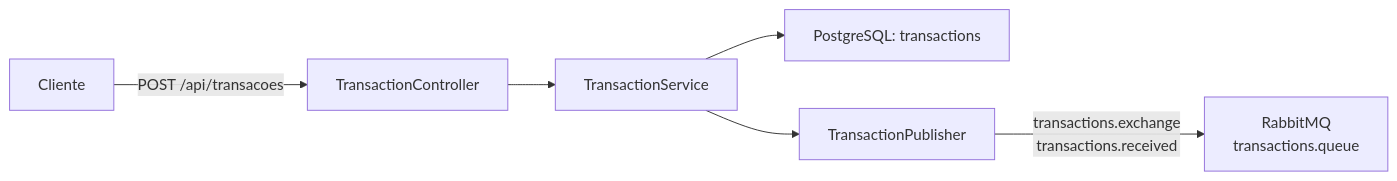
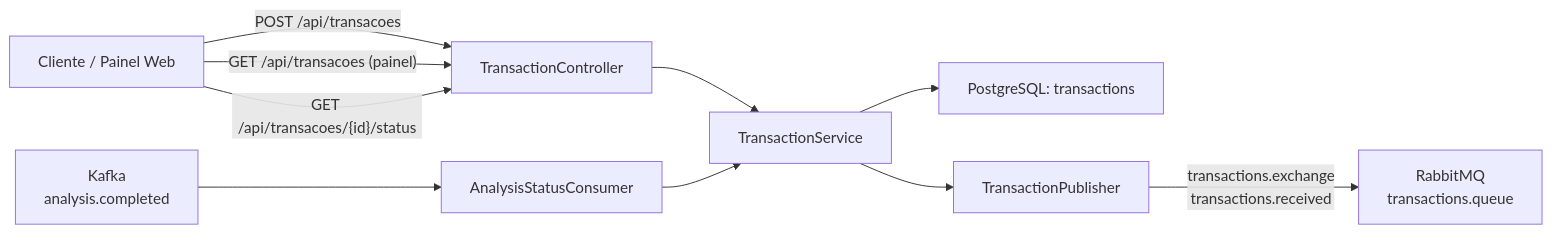
One commit to JTBCode86/antifraude-simplificado changed the diagram in transaction-service/README.md. Above: the diagram before and after it, drawn with Mermaid. The commit also changed other lines of this file and 18 other files, not shown here.

````diff
--- a/transaction-service/README.md
+++ b/transaction-service/README.md
@@ -11,8 +11,12 @@
 ```mermaid
 flowchart LR
-    Cliente["Cliente"] -->|"POST /api/transacoes"| API["TransactionController"]
+    Cliente["Cliente / Painel Web"] -->|"POST /api/transacoes"| API["TransactionController"]
     API --> Service["TransactionService"]
     Service --> DB["PostgreSQL: transactions"]
     Service --> Publisher["TransactionPublisher"]
     Publisher -->|"transactions.exchange<br/>transactions.received"| Queue["RabbitMQ<br/>transactions.queue"]
+    Kafka["Kafka<br/>analysis.completed"] --> StatusConsumer["AnalysisStatusConsumer"]
+    StatusConsumer --> Service
+    Cliente -->|"GET /api/transacoes (painel)"| API
+    Cliente -->|"GET /api/transacoes/{id}/status"| API
 ```
````
